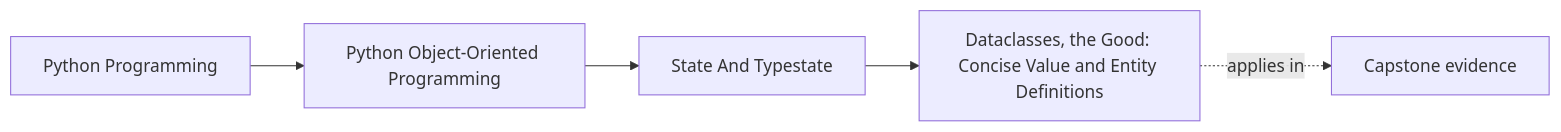
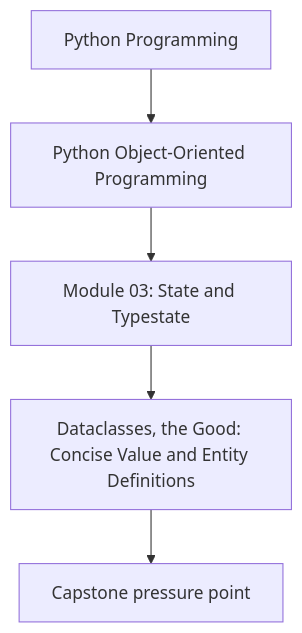
Before and after one commit to bijux/bijux-masterclass: the first of 2 diagrams in programs/python-programming/python-object-oriented-programming/course-book/module-03-state-and-typestate/dataclasses-for-values-and-entities.md, drawn with Mermaid. The commit also changed other lines of this file and 107 other files, not shown here.

Commit message:
docs(python-object-oriented-programming): align concept page diagrams

````diff
--- a/programs/python-programming/python-object-oriented-programming/course-book/module-03-state-and-typestate/dataclasses-for-values-and-entities.md
+++ b/programs/python-programming/python-object-oriented-programming/course-book/module-03-state-and-typestate/dataclasses-for-values-and-entities.md
@@ -7,11 +7,7 @@
 ```mermaid
-graph LR
-  family["Python Programming"]
-  program["Python Object-Oriented Programming"]
-  section["State And Typestate"]
-  page["Dataclasses, the Good: Concise Value and Entity Definitions"]
-  capstone["Capstone evidence"]
-
-  family --> program --> section --> page
-  page -.applies in.-> capstone
+flowchart TD
+  family["Python Programming"] --> program["Python Object-Oriented Programming"]
+  program --> module["Module 03: State and Typestate"]
+  module --> concept["Dataclasses, the Good: Concise Value and Entity Definitions"]
+  concept --> capstone["Capstone pressure point"]
 ```
````
